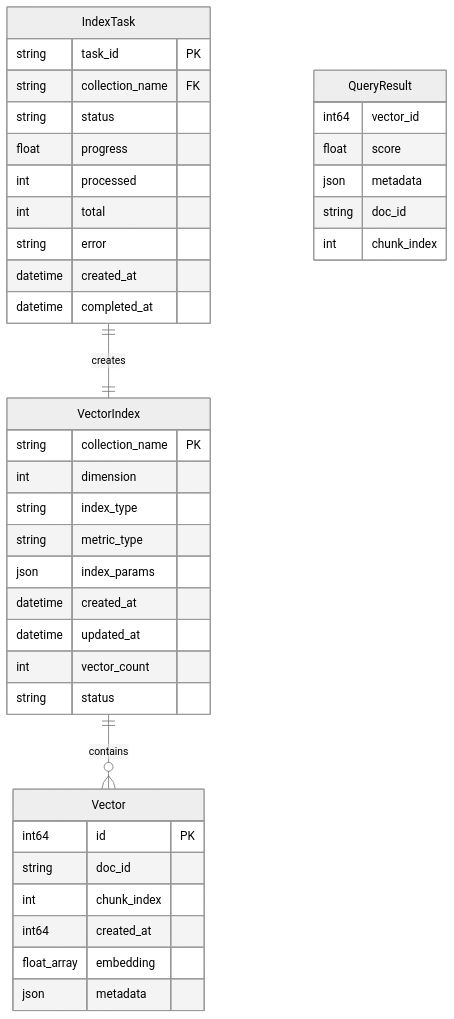
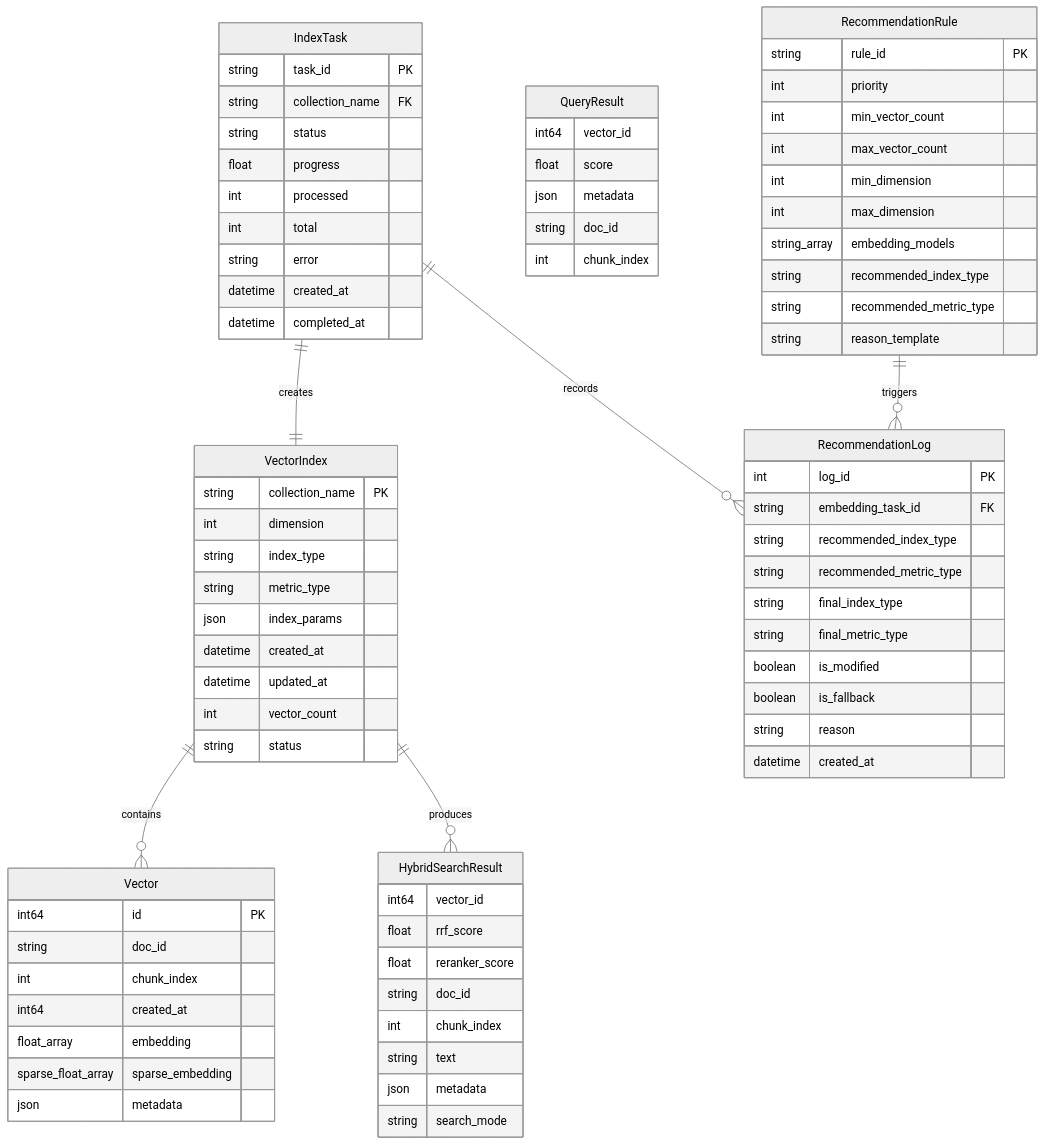
One commit to qingni/rag-pipeline-hub changed the diagram in specs/004-vector-index-opt/data-model.md. Above: the diagram before and after it, drawn with Mermaid (neutral theme). The commit also changed other lines of this file and 56 other files, not shown here.

First line of the commit message:
feat(vector-index): 完成向量索引功能优化，更新文档与规范

````diff
--- a/specs/004-vector-index-opt/data-model.md
+++ b/specs/004-vector-index-opt/data-model.md
@@ -15,6 +15,7 @@
 ```mermaid
 erDiagram
     VectorIndex ||--o{ Vector : contains
+    VectorIndex ||--o{ HybridSearchResult : produces
     VectorIndex {
         string collection_name PK
         int dimension
@@ -33,6 +34,7 @@
         int chunk_index
         int64 created_at
         float_array embedding
+        sparse_float_array sparse_embedding
         json metadata
     }
     
@@ -56,4 +58,44 @@
         string doc_id
         int chunk_index
     }
+    
+    HybridSearchResult {
+        int64 vector_id
+        float rrf_score
+        float reranker_score
+        string doc_id
+        int chunk_index
+        string text
+        json metadata
+        string search_mode
+    }
+    
+    RecommendationRule {
+        string rule_id PK
+        int priority
+        int min_vector_count
+        int max_vector_count
+        int min_dimension
+        int max_dimension
+        string_array embedding_models
+        string recommended_index_type
+        string recommended_metric_type
+        string reason_template
+    }
+    
+    RecommendationLog {
+        int log_id PK
+        string embedding_task_id FK
+        string recommended_index_type
+        string recommended_metric_type
+        string final_index_type
+        string final_metric_type
+        boolean is_modified
+        boolean is_fallback
+        string reason
+        datetime created_at
+    }
+    
+    RecommendationRule ||--o{ RecommendationLog : triggers
+    IndexTask ||--o{ RecommendationLog : records
 ```
````
